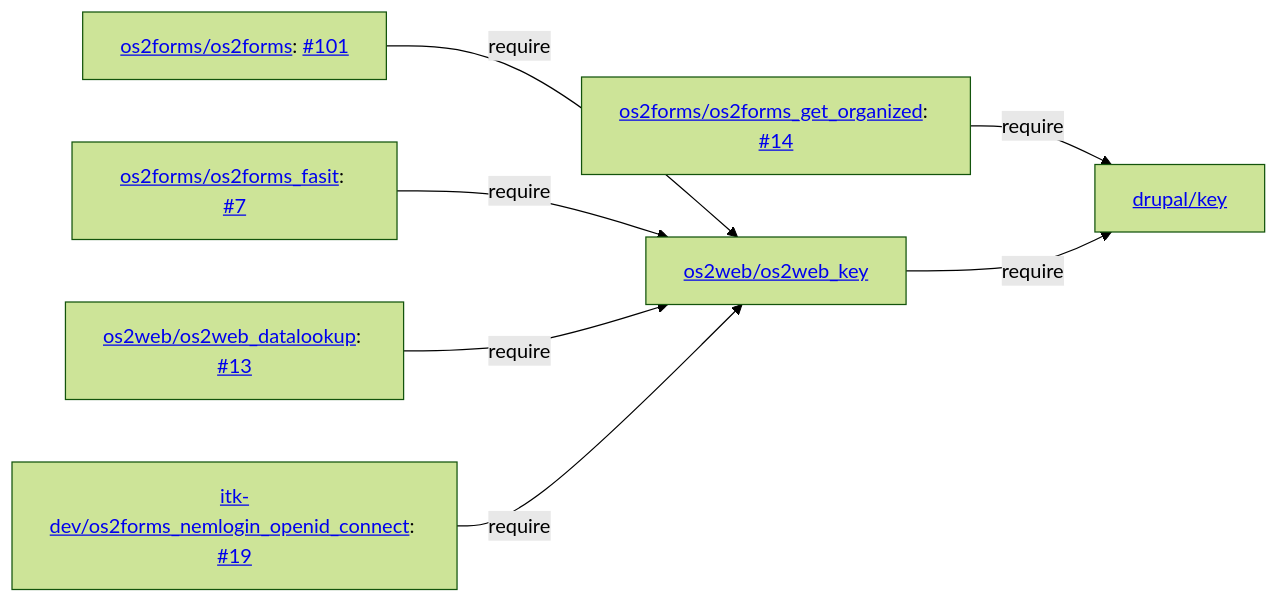
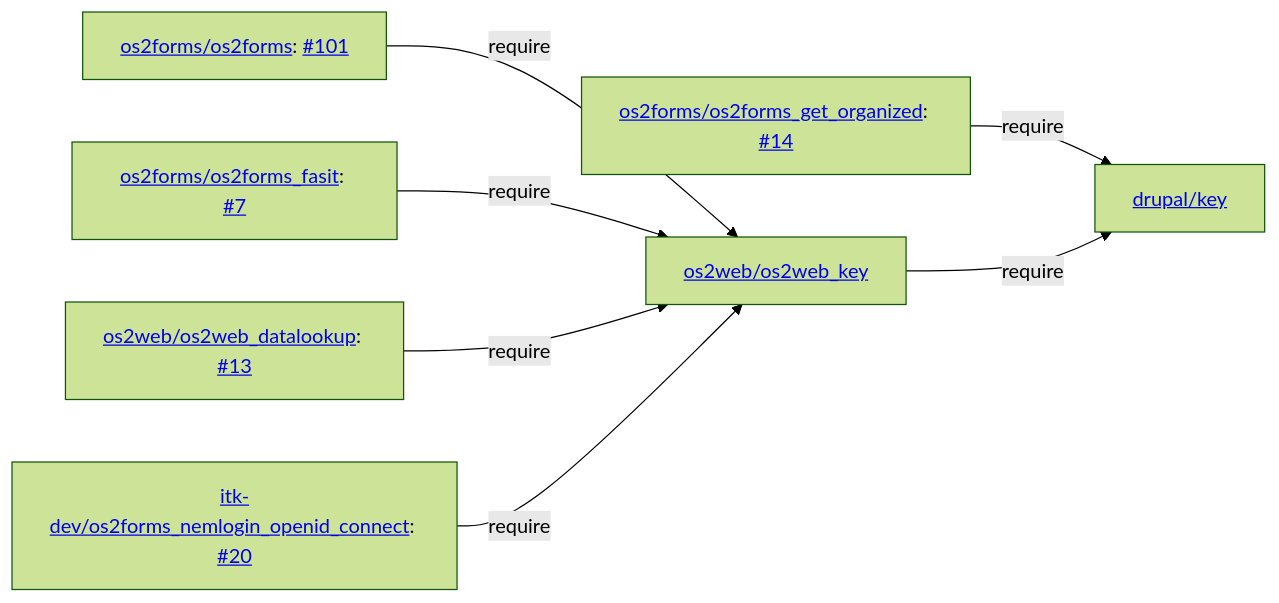
Before and after one commit to itk-dev/os2forms_selvbetjening: the diagram in docs/Keys.md, drawn with Mermaid (forest theme). The commit also changed other lines of this file, not shown here.

````diff
--- a/docs/Keys.md
+++ b/docs/Keys.md
@@ -72,15 +79,15 @@
 ```mermaid
 flowchart LR
   os2forms[<a href='https://github.com/OS2Forms/os2forms'>os2forms/os2forms</a>: <a href='https://github.com/OS2Forms/os2forms/pull/101'>#101</a>] -->|require| os2web_key[<a href='https://github.com/OS2web/os2web_key'>os2web/os2web_key</a>]
 
   os2forms_fasit[<a href='https://github.com/itk-dev/os2forms_fasit'>os2forms/os2forms_fasit</a>: <a href='https://github.com/itk-dev/os2forms_fasit/pull/7'>#7</a>]  -->|require| os2web_key
 
   os2forms_get_organized[<a href='https://github.com/OS2Forms/os2forms_get_organized'>os2forms/os2forms_get_organized</a>: <a href='https://github.com/OS2Forms/os2forms_get_organized/pull/14'>#14</a>] -->|require| key[<a href='https://www.drupal.org/project/key'>drupal/key</a>]
 
   os2web_datalookup[<a href='https://github.com/OS2web/os2web_datalookup'>os2web/os2web_datalookup</a>: <a href='https://github.com/OS2web/os2web_datalookup/pull/13'>#13</a>] -->|require| os2web_key
 
   os2web_key -->|require| key
 
-  os2forms_nemlogin_openid_connect[<a href='https://github.com/itk-dev/os2forms_nemlogin_openid_connect'>itk-dev/os2forms_nemlogin_openid_connect</a>: <a href='https://github.com/itk-dev/os2forms_nemlogin_openid_connect/pull/19'>#19</a>] -->|require| os2web_key
+  os2forms_nemlogin_openid_connect[<a href='https://github.com/itk-dev/os2forms_nemlogin_openid_connect'>itk-dev/os2forms_nemlogin_openid_connect</a>: <a href='https://github.com/itk-dev/os2forms_nemlogin_openid_connect/pull/20'>#20</a>] -->|require| os2web_key
   %% os2forms_nemlogin_openid_connect -->|require| os2web_nemlogin[os2web/os2web_nemlogin]
 ```
````
